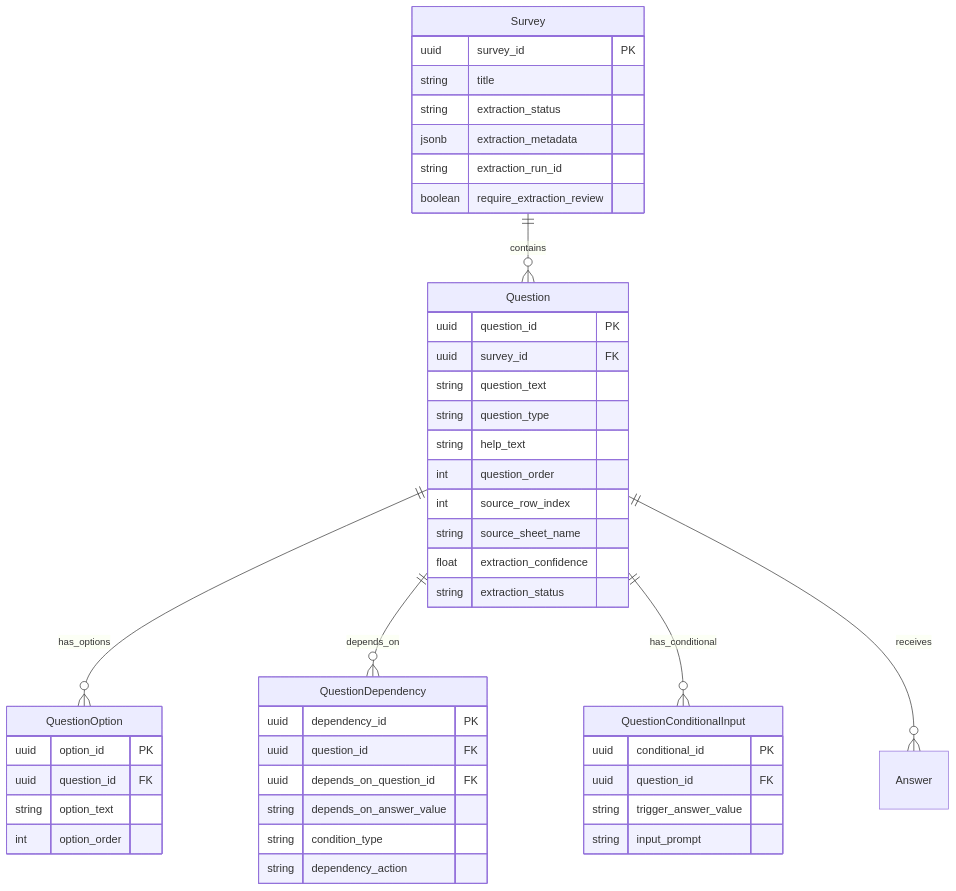
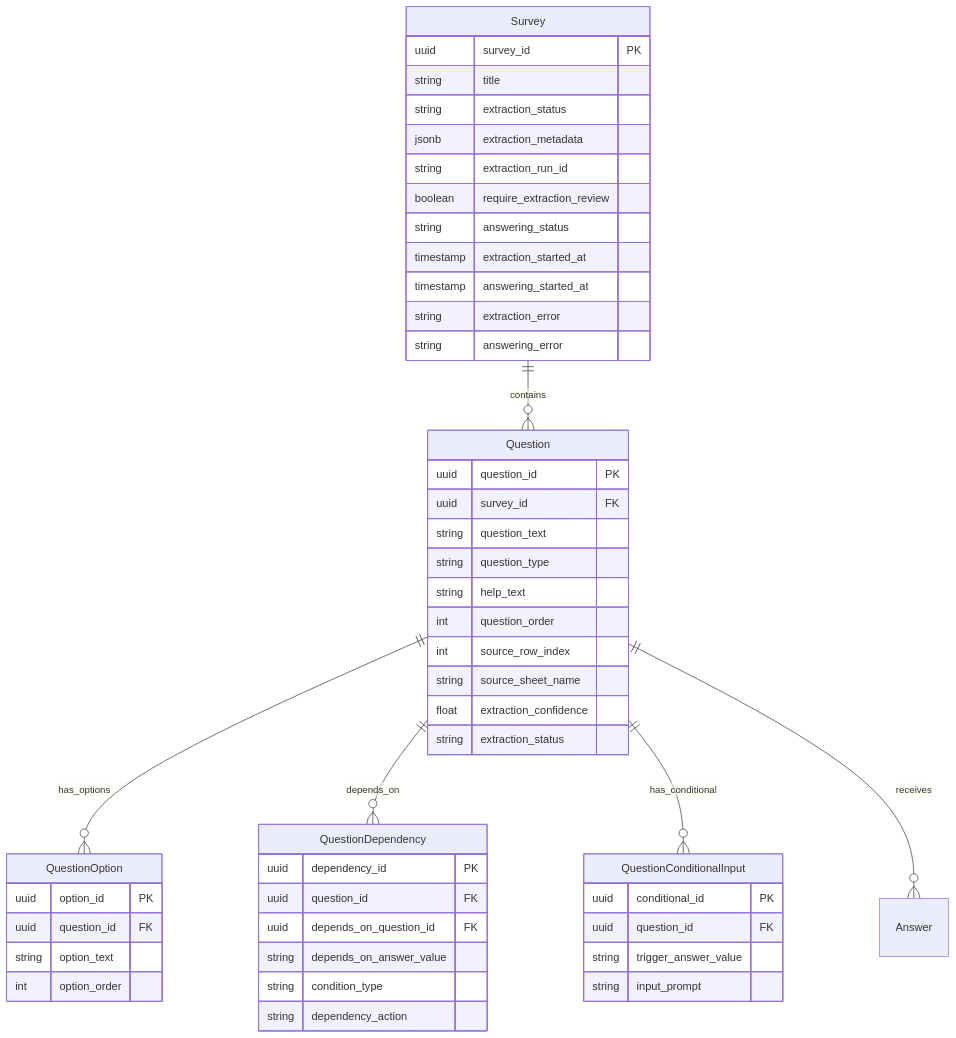
One commit to dil-pkoppany/advanced-question-extraction-poc changed the second of 4 diagrams in LLM_EXTRACTION_IMPLEMENTATION_PLAN.md. Above: the diagram before and after it, drawn with Mermaid. The commit also changed other lines of this file and 3 other files, not shown here.

````diff
--- a/LLM_EXTRACTION_IMPLEMENTATION_PLAN.md
+++ b/LLM_EXTRACTION_IMPLEMENTATION_PLAN.md
@@ -57,53 +67,58 @@
 ```mermaid
 erDiagram
     Survey ||--o{ Question : contains
     Question ||--o{ QuestionOption : has_options
     Question ||--o{ QuestionDependency : depends_on
     Question ||--o{ QuestionConditionalInput : has_conditional
     Question ||--o{ Answer : receives
     
     Survey {
         uuid survey_id PK
         string title
         string extraction_status
         jsonb extraction_metadata
         string extraction_run_id
         boolean require_extraction_review
+        string answering_status
+        timestamp extraction_started_at
+        timestamp answering_started_at
+        string extraction_error
+        string answering_error
     }
     
     Question {
         uuid question_id PK
         uuid survey_id FK
         string question_text
         string question_type
         string help_text
         int question_order
         int source_row_index
         string source_sheet_name
         float extraction_confidence
         string extraction_status
     }
     
     QuestionOption {
         uuid option_id PK
         uuid question_id FK
         string option_text
         int option_order
     }
     
     QuestionDependency {
         uuid dependency_id PK
         uuid question_id FK
         uuid depends_on_question_id FK
         string depends_on_answer_value
         string condition_type
         string dependency_action
     }
     
     QuestionConditionalInput {
         uuid conditional_id PK
         uuid question_id FK
         string trigger_answer_value
         string input_prompt
     }
 ```
````
